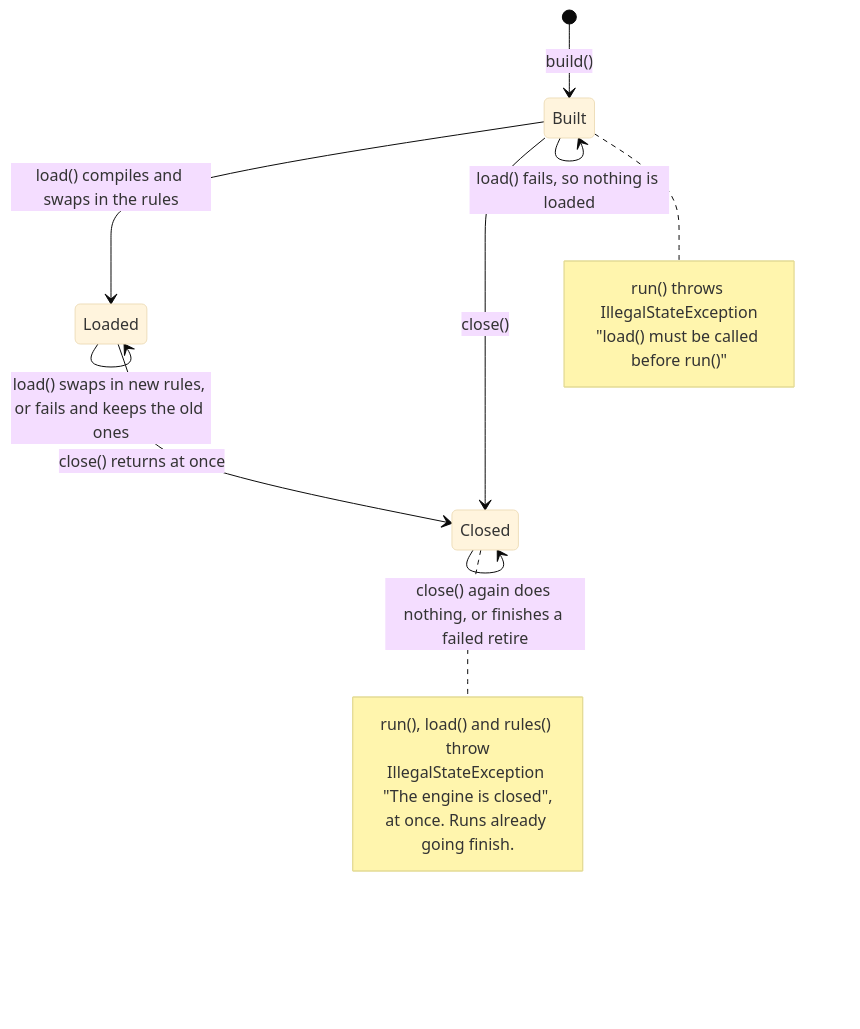
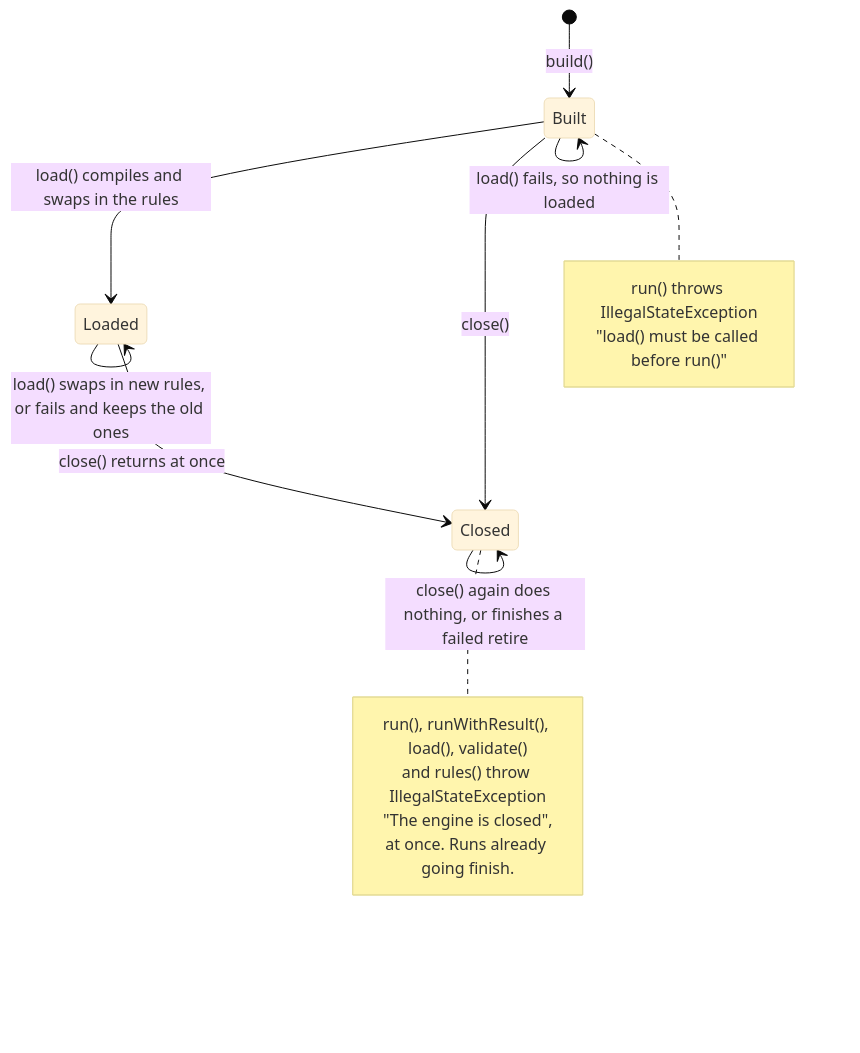
The first of 3 diagrams in docs/thread-safety.md (brantunger/unruly-engine), drawn with Mermaid (base theme) before and after one commit. The commit also changed 23 other files, not shown here.

````diff
--- a/docs/thread-safety.md
+++ b/docs/thread-safety.md
@@ -65,19 +65,20 @@
 ```mermaid
 stateDiagram-v2
     [*] --> Built: build()
     Built --> Loaded: load() compiles and swaps in the rules
     Built --> Built: load() fails, so nothing is loaded
     Loaded --> Loaded: load() swaps in new rules, or fails and keeps the old ones
     Built --> Closed: close()
     Loaded --> Closed: close() returns at once
     Closed --> Closed: close() again does nothing, or finishes a failed retire
     note right of Built
         run() throws IllegalStateException
         "load() must be called before run()"
     end note
     note right of Closed
-        run(), load() and rules() throw
-        IllegalStateException "The engine is closed",
+        run(), runWithResult(), load(), validate()
+        and rules() throw IllegalStateException
+        "The engine is closed",
         at once. Runs already going finish.
     end note
 ```
````
